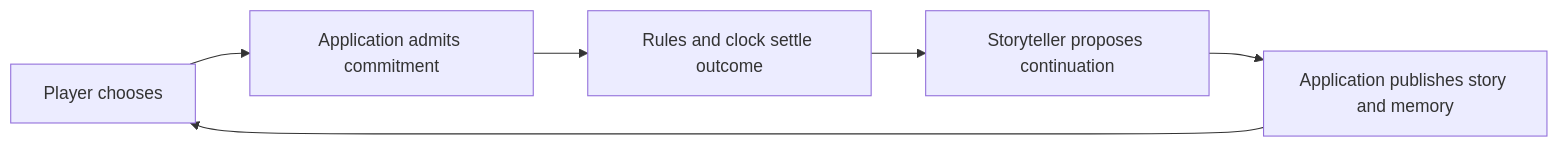
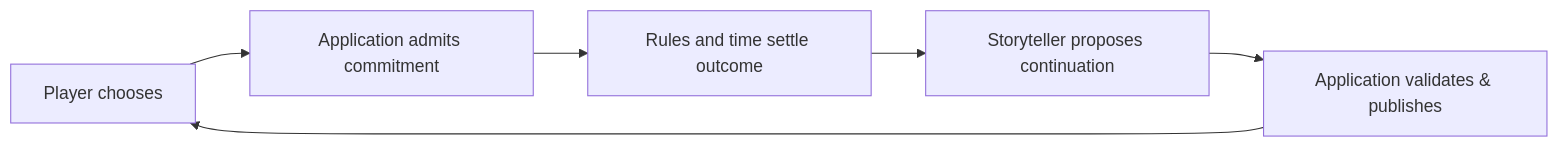
The second of 2 diagrams in README.md (DenisSkulovic/offscreen-rpg), drawn with Mermaid before and after one commit. The commit also changed other lines of this file and 6 other files, not shown here.

````diff
--- a/README.md
+++ b/README.md
@@ -11,8 +60,8 @@
 ```mermaid
 flowchart LR
-  A[Player chooses] --> B[Application admits commitment]
-  B --> C[Rules and clock settle outcome]
-  C --> D[Storyteller proposes continuation]
-  D --> E[Application publishes story and memory]
+  A["Player chooses"] --> B["Application admits commitment"]
+  B --> C["Rules and time settle outcome"]
+  C --> D["Storyteller proposes continuation"]
+  D --> E["Application validates & publishes"]
   E --> A
 ```
````
